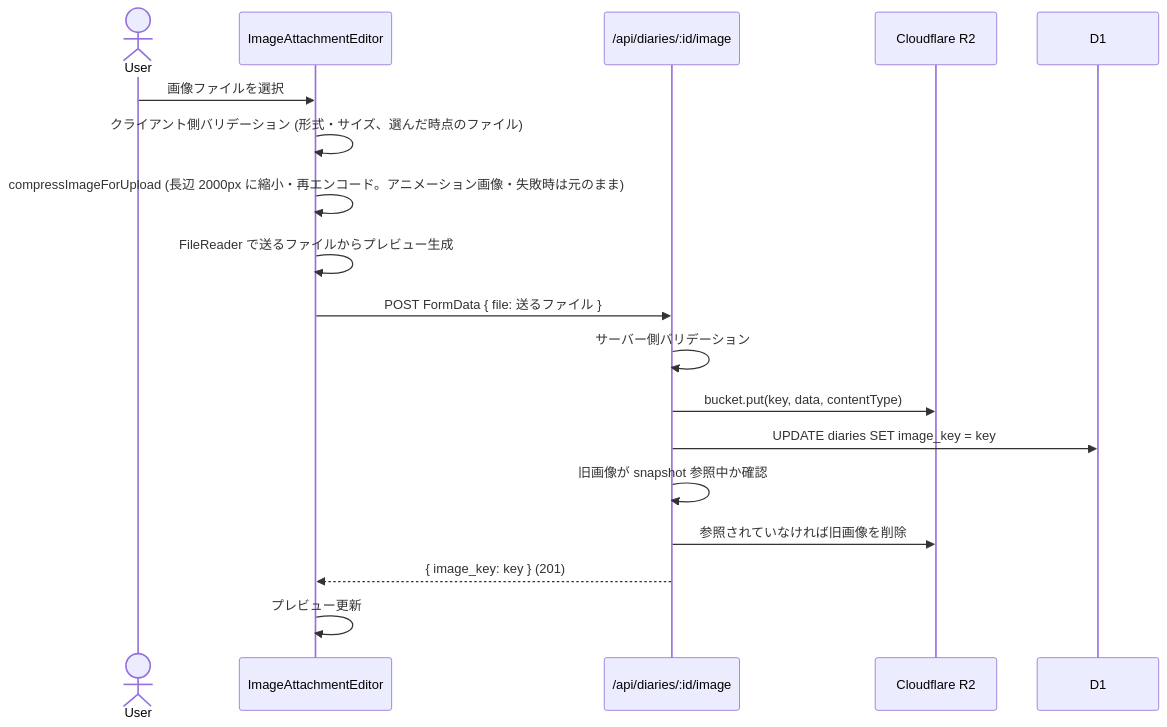
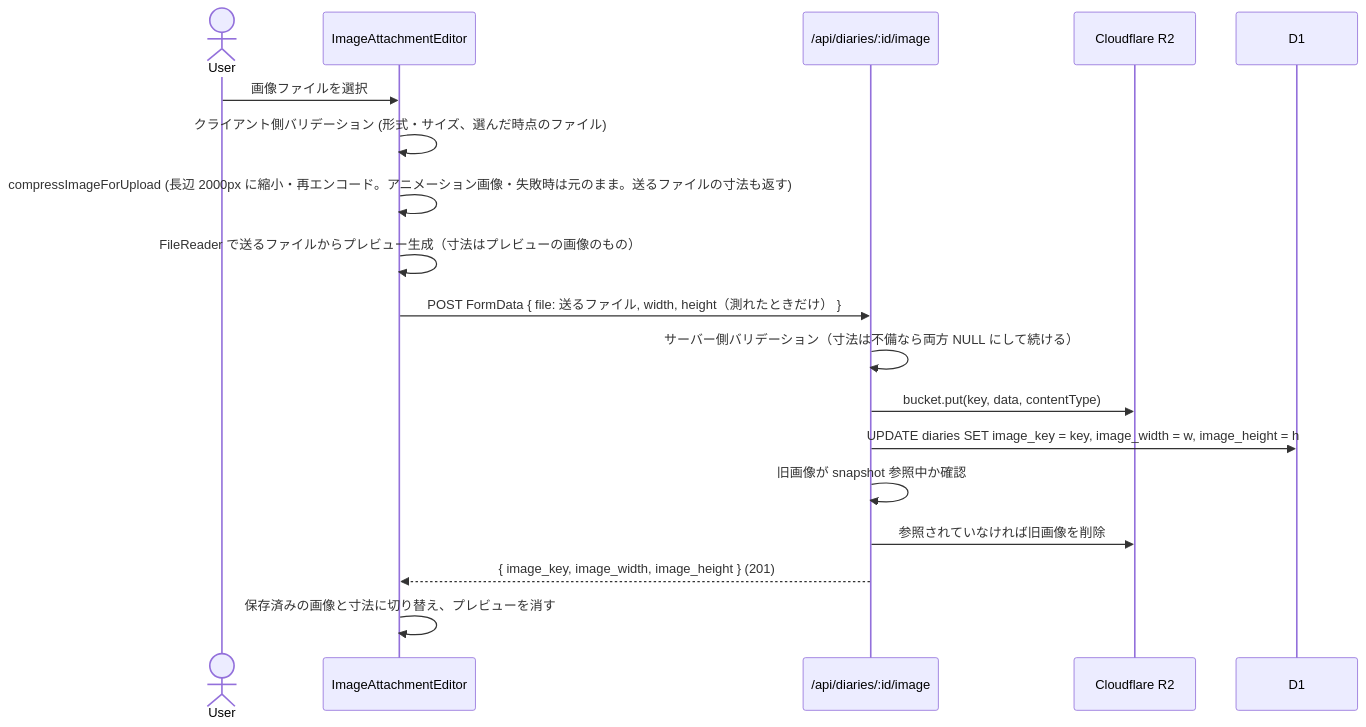
One commit to shimabox/400-diary changed the first of 5 diagrams in docs/architecture/image-upload.md. Above: the diagram before and after it, drawn with Mermaid. The commit also changed other lines of this file and 42 other files, not shown here.

````diff
--- a/docs/architecture/image-upload.md
+++ b/docs/architecture/image-upload.md
@@ -67,21 +116,21 @@
 ```mermaid
 sequenceDiagram
     actor User
     participant ImageEditor as ImageAttachmentEditor
     participant API as /api/diaries/:id/image
     participant R2 as Cloudflare R2
     participant DB as D1
 
     User->>ImageEditor: 画像ファイルを選択
     ImageEditor->>ImageEditor: クライアント側バリデーション (形式・サイズ、選んだ時点のファイル)
-    ImageEditor->>ImageEditor: compressImageForUpload (長辺 2000px に縮小・再エンコード。アニメーション画像・失敗時は元のまま)
-    ImageEditor->>ImageEditor: FileReader で送るファイルからプレビュー生成
-    ImageEditor->>API: POST FormData { file: 送るファイル }
-    API->>API: サーバー側バリデーション
+    ImageEditor->>ImageEditor: compressImageForUpload (長辺 2000px に縮小・再エンコード。アニメーション画像・失敗時は元のまま。送るファイルの寸法も返す)
+    ImageEditor->>ImageEditor: FileReader で送るファイルからプレビュー生成（寸法はプレビューの画像のもの）
+    ImageEditor->>API: POST FormData { file: 送るファイル, width, height（測れたときだけ） }
+    API->>API: サーバー側バリデーション（寸法は不備なら両方 NULL にして続ける）
     API->>R2: bucket.put(key, data, contentType)
-    API->>DB: UPDATE diaries SET image_key = key
+    API->>DB: UPDATE diaries SET image_key = key, image_width = w, image_height = h
     API->>API: 旧画像が snapshot 参照中か確認
     API->>R2: 参照されていなければ旧画像を削除
-    API-->>ImageEditor: { image_key: key } (201)
-    ImageEditor->>ImageEditor: プレビュー更新
+    API-->>ImageEditor: { image_key, image_width, image_height } (201)
+    ImageEditor->>ImageEditor: 保存済みの画像と寸法に切り替え、プレビューを消す
 ```
````
